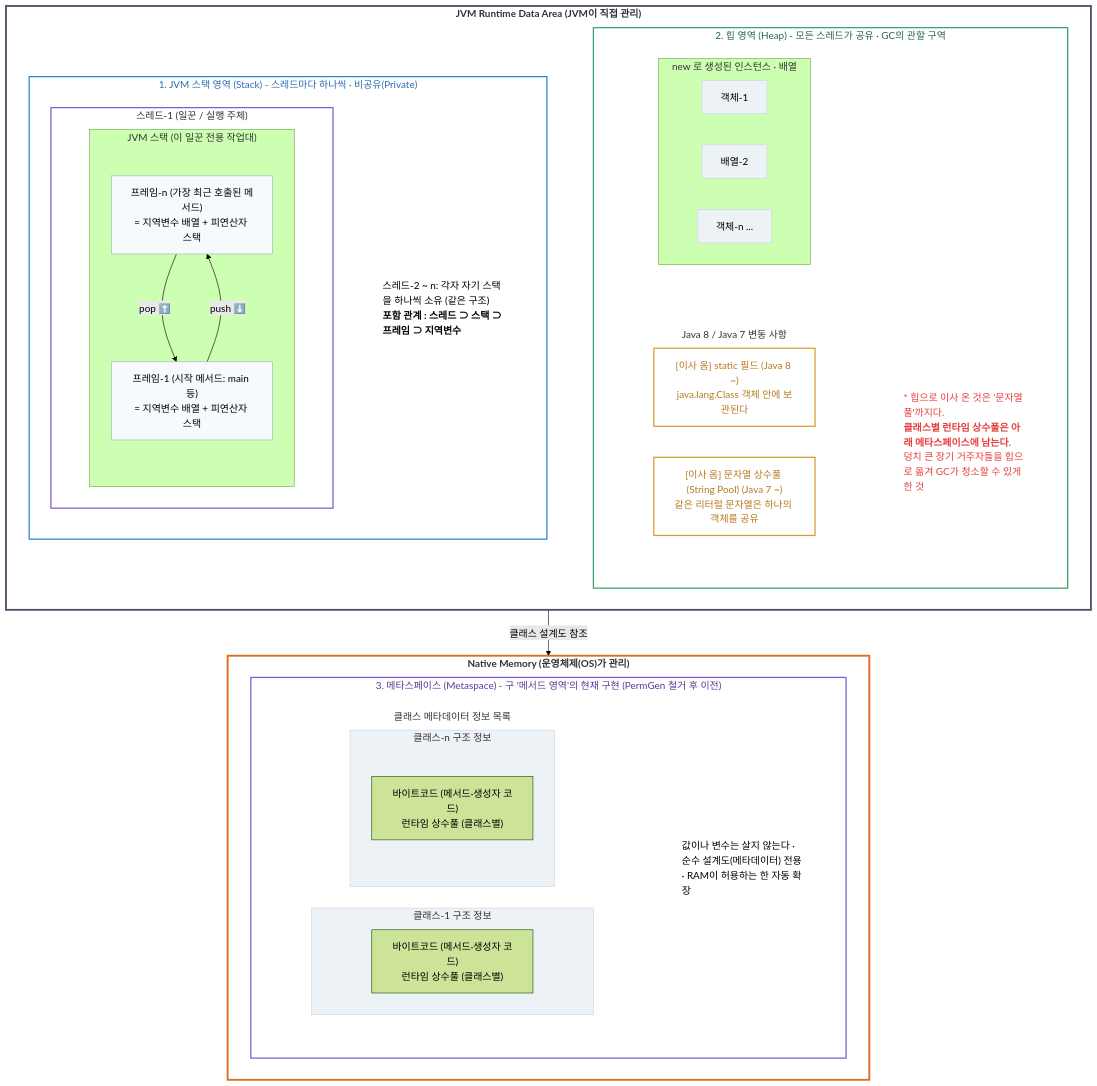
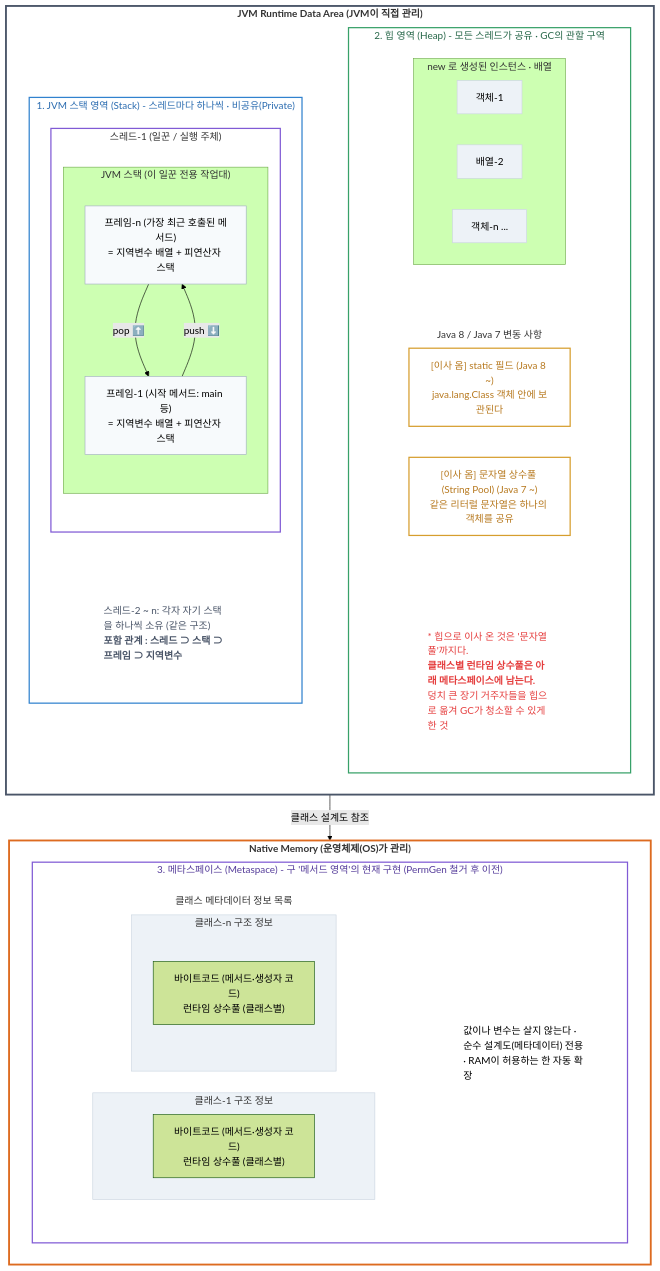
One commit to sungjin-dev/sungjin-dev.github.io changed the second of 8 diagrams in _posts/2026-07-11-java-reference-type-study-1.md. Above: the diagram before and after it, drawn with Mermaid (forest theme).

````diff
--- a/_posts/2026-07-11-java-reference-type-study-1.md
+++ b/_posts/2026-07-11-java-reference-type-study-1.md
@@ -72,6 +72,9 @@
                     F_N -->|pop ⬆️| F_1
                 end
             end
+            
+            %% 스택 설명 텍스트를 하단으로 내리기 위한 흐름 강제
+            THREAD1 ~~~ STACK_TEXT
             STACK_TEXT["스레드-2 ~ n: 각자 자기 스택을 하나씩 소유 (같은 구조)<br><b>포함 관계 : 스레드 ⊃ 스택 ⊃ 프레임 ⊃ 지역변수</b>"]
         end
 
@@ -80,7 +83,7 @@
 
         %% [2] 힙 영역 (우측 배치)
         subgraph HEAP_AREA ["2. 힙 영역 (Heap) - 모든 스레드가 공유 · GC의 관할 구역"]
-            direction TD %% 힙 영역 내부 요소를 위에서 아래(2층)로 흐르게 변경
+            direction TD %% 힙 영역 내부 요소를 위에서 아래로 흐르게 설정
             
             %% 1층: 객체 인스턴스 배열 그룹
             subgraph OBJECTS ["new 로 생성된 인스턴스 · 배열"]
@@ -91,8 +94,7 @@
             end
             
             %% 1층과 2층 사이에 보이지 않는 수직 흐름 가이드 배치
-            OBJECTS ~~~ SF
-            OBJECTS ~~~ SP
+            OBJECTS ~~~ MOVED_ITEMS
 
             %% 2층: 이사 온 필드 및 상수풀 영역 (가로 배치 그룹)
             subgraph MOVED_ITEMS ["Java 8 / Java 7 변동 사항"]
@@ -101,6 +103,8 @@
                 SP["[이사 옴] 문자열 상수풀 (String Pool) (Java 7 ~)<br>같은 리터럴 문자열은 하나의 객체를 공유"]
             end
             
+            %% 힙 설명 빨간 텍스트를 최하단으로 내리기 위한 흐름 강제
+            MOVED_ITEMS ~~~ HEAP_TEXT
             HEAP_TEXT["* 힙으로 이사 온 것은 '문자열 풀'까지다.<br><b>클래스별 런타임 상수풀은 아래 메타스페이스에 남는다.</b><br>덩치 큰 장기 거주자들을 힙으로 옮겨 GC가 청소할 수 있게 한 것"]
         end
 
@@ -164,7 +168,7 @@
     class CL1,CLN obj_box;
 
     %% 텍스트 라벨 투명화 및 정돈
-    style STACK_TEXT fill:none,stroke:none,text-align:left;
+    style STACK_TEXT fill:none,stroke:none,text-align:left,color:#4a5568;
     style HEAP_TEXT fill:none,stroke:none,text-align:left,color:#e53e3e;
     style MS_TEXT fill:none,stroke:none,text-align:left;
 ```
````
